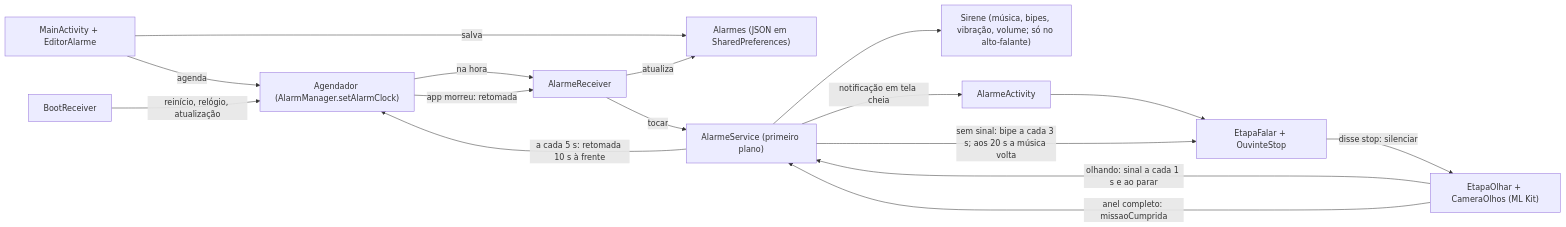
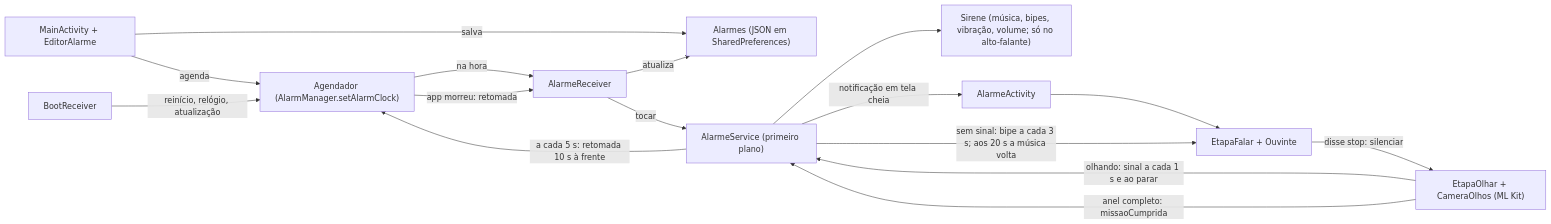
The diagram in README.md (luiz-nast/alarme-implacavel), drawn with Mermaid before and after one commit. The commit also changed other lines of this file and 11 other files, not shown here.

````diff
--- a/README.md
+++ b/README.md
@@ -61,18 +62,18 @@
 ```mermaid
 flowchart LR
     UI["MainActivity + EditorAlarme"] -->|salva| Repo["Alarmes (JSON em SharedPreferences)"]
     UI -->|agenda| Ag["Agendador (AlarmManager.setAlarmClock)"]
     Ag -->|na hora| Rec["AlarmeReceiver"]
     Rec -->|atualiza| Repo
     Rec -->|tocar| Svc["AlarmeService (primeiro plano)"]
     Svc --> Sir["Sirene (música, bipes, vibração, volume; só no alto-falante)"]
     Svc -->|notificação em tela cheia| Tela["AlarmeActivity"]
-    Tela --> Falar["EtapaFalar + OuvinteStop"]
+    Tela --> Falar["EtapaFalar + Ouvinte"]
     Falar -->|disse stop: silenciar| Olhar["EtapaOlhar + CameraOlhos (ML Kit)"]
     Olhar -->|olhando: sinal a cada 1 s e ao parar| Svc
     Olhar -->|anel completo: missaoCumprida| Svc
     Svc -->|sem sinal: bipe a cada 3 s; aos 20 s a música volta| Falar
     Svc -->|a cada 5 s: retomada 10 s à frente| Ag
     Ag -->|app morreu: retomada| Rec
     Boot["BootReceiver"] -->|reinício, relógio, atualização| Ag
 ```
````
